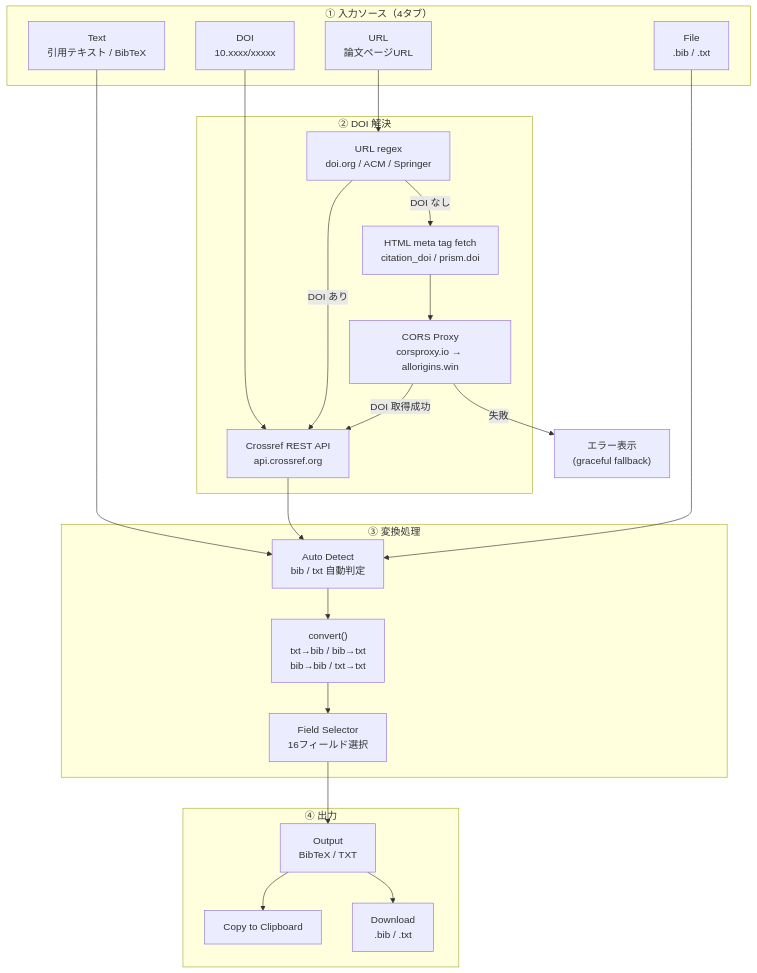
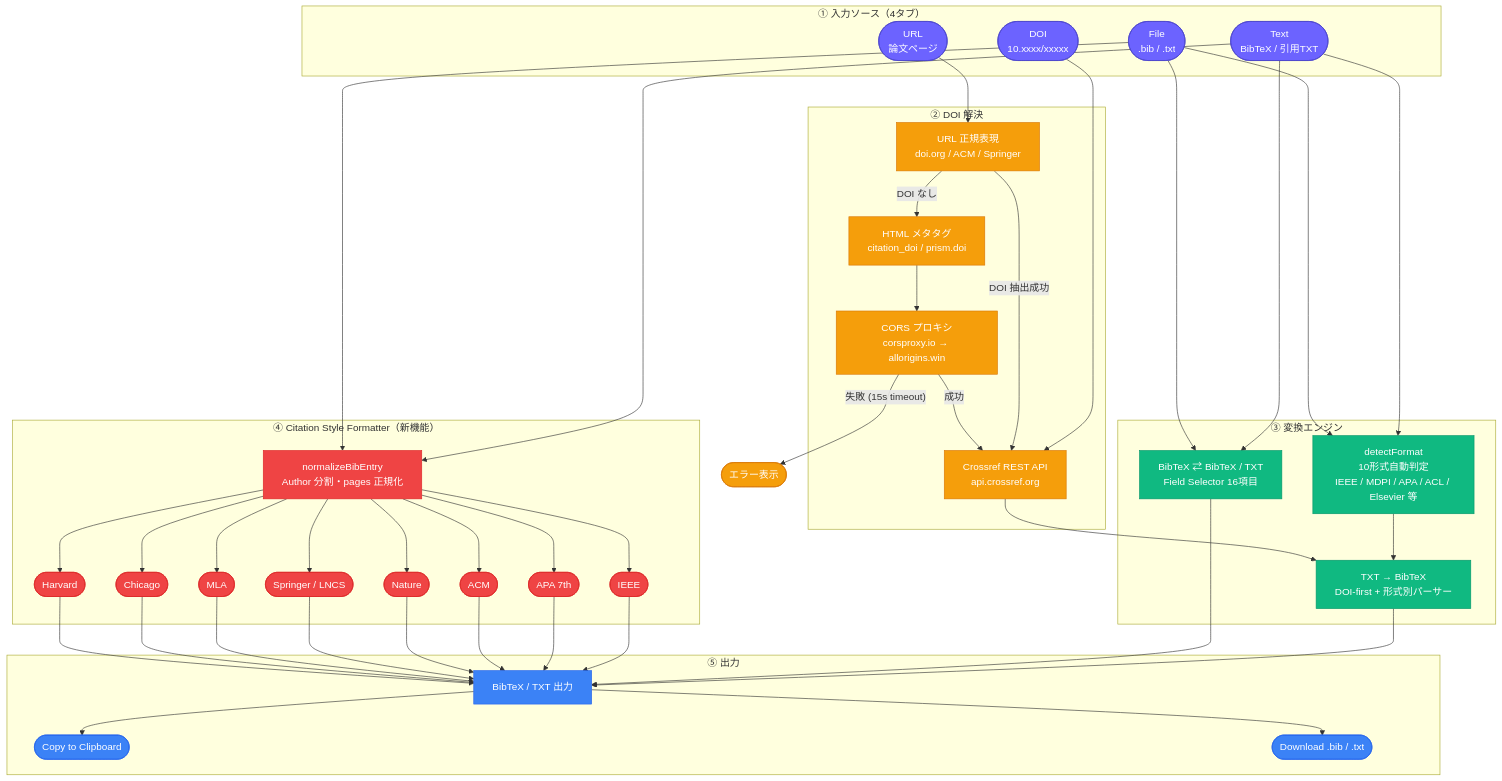
One commit to Axe0320/citation-bibtex-converter changed the diagram in README.md. Above: the diagram before and after it, drawn with Mermaid. The commit also changed other lines of this file, not shown here.

First line of the commit message:
docs: update README — Vercel URL, mermaid colors, Citation Style feature

````diff
--- a/README.md
+++ b/README.md
@@ -45,44 +45,62 @@
 ```mermaid
 flowchart TD
+    classDef input   fill:#6C63FF,color:#fff,stroke:#4a44cc
+    classDef api     fill:#F59E0B,color:#fff,stroke:#D97706
+    classDef parse   fill:#10B981,color:#fff,stroke:#059669
+    classDef format  fill:#EF4444,color:#fff,stroke:#DC2626
+    classDef out     fill:#3B82F6,color:#fff,stroke:#2563EB
+
     subgraph IN["① 入力ソース（4タブ）"]
-        T[Text\n引用テキスト / BibTeX]
-        D[DOI\n10.xxxx/xxxxx]
-        U[URL\n論文ページURL]
-        F[File\n.bib / .txt]
+        T([Text\nBibTeX / 引用TXT]):::input
+        D([DOI\n10.xxxx/xxxxx]):::input
+        U([URL\n論文ページ]):::input
+        F([File\n.bib / .txt]):::input
     end
 
     subgraph RESOLVE["② DOI 解決"]
-        RX["URL regex\ndoi.org / ACM / Springer"]
-        META["HTML meta tag fetch\ncitation_doi / prism.doi"]
-        PROXY["CORS Proxy\ncorsproxy.io → allorigins.win"]
-        CR["Crossref REST API\napi.crossref.org"]
+        RX[URL 正規表現\ndoi.org / ACM / Springer]:::api
+        META[HTML メタタグ\ncitation_doi / prism.doi]:::api
+        PROXY[CORS プロキシ\ncorsproxy.io → allorigins.win]:::api
+        CR[Crossref REST API\napi.crossref.org]:::api
     end
 
-    subgraph PARSE["③ 変換処理"]
-        AD["Auto Detect\nbib / txt 自動判定"]
-        CV["convert()\ntxt→bib / bib→txt\nbib→bib / txt→txt"]
-        FS["Field Selector\n16フィールド選択"]
+    subgraph CONVERT["③ 変換エンジン"]
+        DET[detectFormat\n10形式自動判定\nIEEE / MDPI / APA / ACL / Elsevier 等]:::parse
+        T2B[TXT → BibTeX\nDOI-first + 形式別パーサー]:::parse
+        B2B[BibTeX ⇄ BibTeX / TXT\nField Selector 16項目]:::parse
     end
 
-    subgraph OUT["④ 出力"]
-        OP["Output\nBibTeX / TXT"]
-        CP["Copy to Clipboard"]
-        DL["Download\n.bib / .txt"]
+    subgraph STYLE["④ Citation Style Formatter（新機能）"]
+        NORM[normalizeBibEntry\nAuthor 分割・pages 正規化]:::format
+        S1([IEEE]):::format
+        S2([APA 7th]):::format
+        S3([ACM]):::format
+        S4([Nature]):::format
+        S5([Springer / LNCS]):::format
+        S6([MLA]):::format
+        S7([Chicago]):::format
+        S8([Harvard]):::format
     end
 
-    T --> AD
-    F --> AD
+    subgraph OUT["⑤ 出力"]
+        OP[BibTeX / TXT 出力]:::out
+        CP([Copy to Clipboard]):::out
+        DL([Download .bib / .txt]):::out
+    end
+
     D --> CR
     U --> RX
-    RX -->|"DOI あり"| CR
+    RX -->|"DOI 抽出成功"| CR
     RX -->|"DOI なし"| META
     META --> PROXY
-    PROXY -->|"DOI 取得成功"| CR
-    PROXY -->|"失敗"| ERR["エラー表示\n(graceful fallback)"]
-    CR --> AD
-    AD --> CV
-    CV --> FS
-    FS --> OP
-    OP --> CP
-    OP --> DL
+    PROXY -->|"成功"| CR
+    PROXY -->|"失敗 (15s timeout)"| ERR([エラー表示]):::api
+    T & F --> DET --> T2B
+    CR --> T2B --> OP
+    T & F --> B2B --> OP
+    T & F --> NORM
+    NORM --> S1 & S2 & S3 & S4
+    NORM --> S5 & S6 & S7 & S8
+    S1 & S2 & S3 & S4 & S5 & S6 & S7 & S8 --> OP
+    OP --> CP & DL
 ```
````
